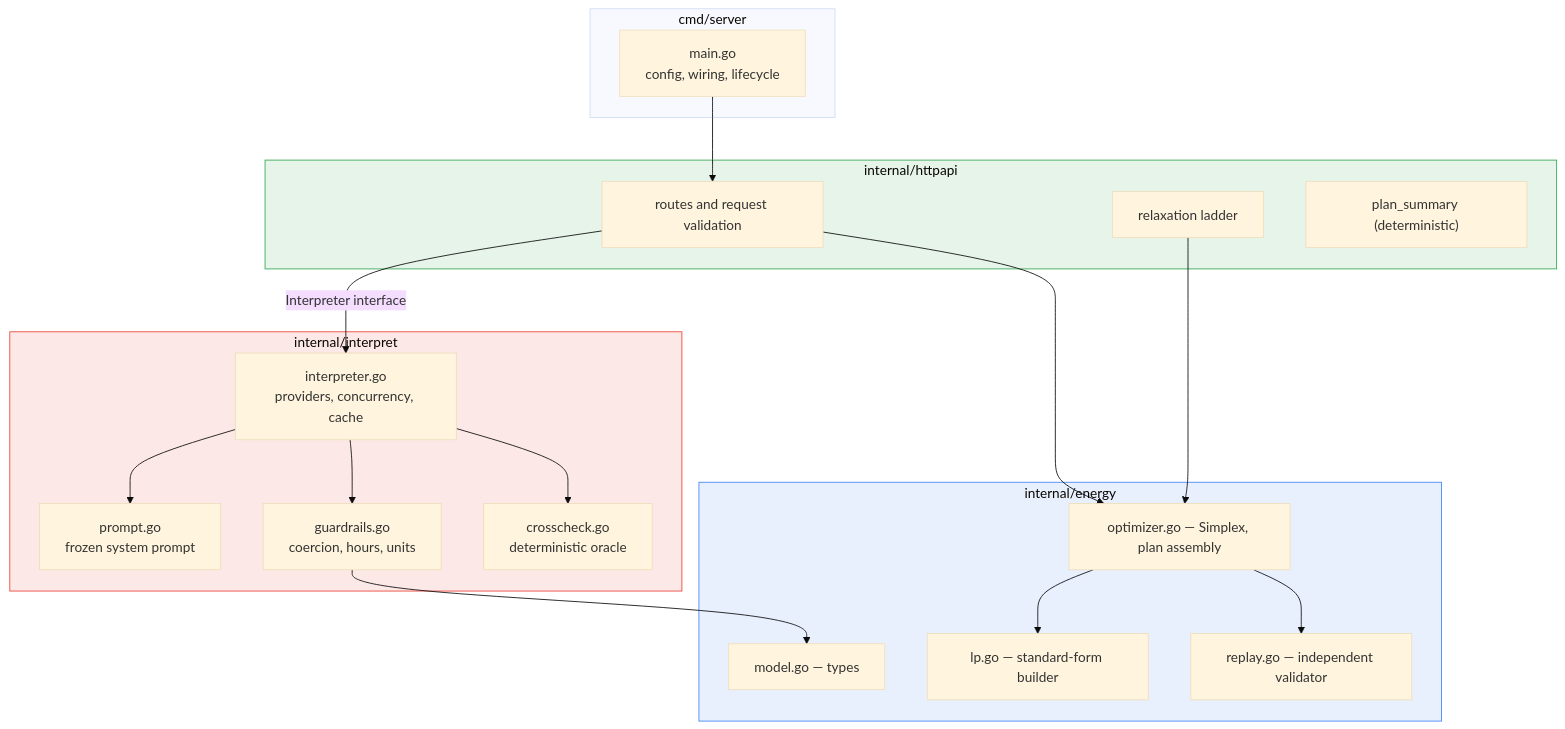
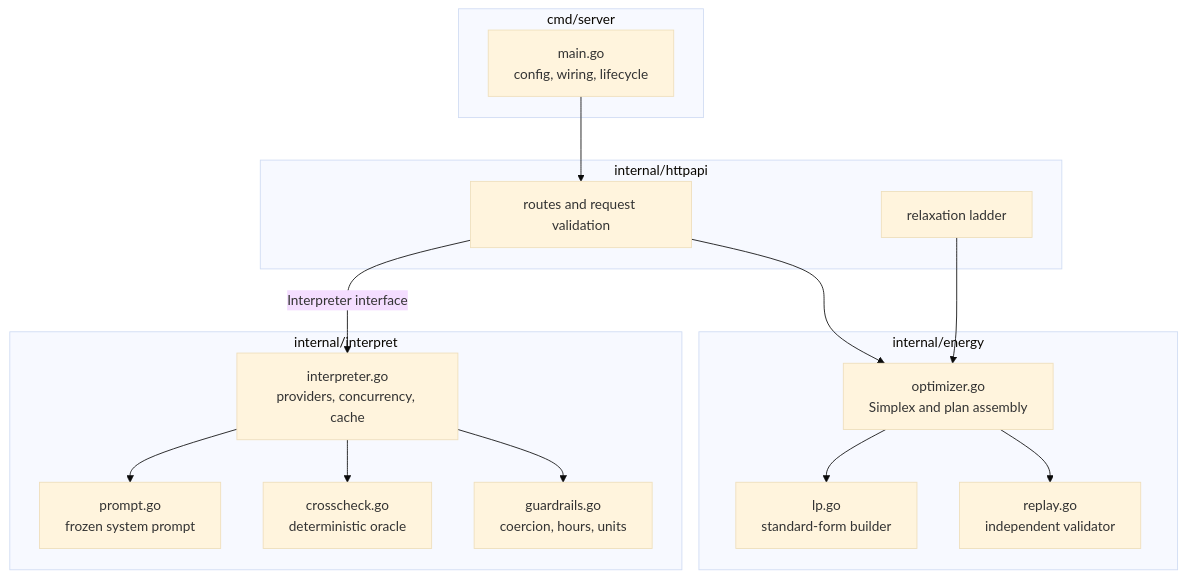
One commit to clickTwice26/bup_cse_fest_challenge changed the first of 5 diagrams in docs/ARCHITECTURE.md. Above: the diagram before and after it, drawn with Mermaid (base theme). The commit also changed other lines of this file, not shown here.

First line of the commit message:
Fix Mermaid rendering and make diagrams theme-adaptive

````diff
--- a/docs/ARCHITECTURE.md
+++ b/docs/ARCHITECTURE.md
@@ -86,41 +86,42 @@
 ```mermaid
 flowchart TD
     subgraph cmd["cmd/server"]
-        M["main.go<br/>config, wiring, lifecycle"]
+        M["main.go
+config, wiring, lifecycle"]
     end
 
     subgraph api["internal/httpapi"]
         R["routes and request validation"]
         L["relaxation ladder"]
-        S["plan_summary (deterministic)"]
     end
 
     subgraph interp["internal/interpret"]
-        P["prompt.go<br/>frozen system prompt"]
-        I["interpreter.go<br/>providers, concurrency, cache"]
-        G["guardrails.go<br/>coercion, hours, units"]
-        X["crosscheck.go<br/>deterministic oracle"]
+        P["prompt.go
+frozen system prompt"]
+        I["interpreter.go
+providers, concurrency, cache"]
+        G["guardrails.go
+coercion, hours, units"]
+        X["crosscheck.go
+deterministic oracle"]
     end
 
     subgraph energy["internal/energy"]
-        MO["model.go — types"]
-        LP["lp.go — standard-form builder"]
-        OP["optimizer.go — Simplex, plan assembly"]
-        RP["replay.go — independent validator"]
+        LP["lp.go
+standard-form builder"]
+        OP["optimizer.go
+Simplex and plan assembly"]
+        RP["replay.go
+independent validator"]
     end
 
     M --> R
     R -->|Interpreter interface| I
     R --> OP
     L --> OP
+    I --> P
+    I --> X
     I --> G
-    I --> X
-    I --> P
-    G --> MO
     OP --> LP
     OP --> RP
-
-    style energy fill:#e8f0fe,stroke:#4285f4
-    style interp fill:#fce8e6,stroke:#ea4335
-    style api fill:#e6f4ea,stroke:#34a853
 ```
````
